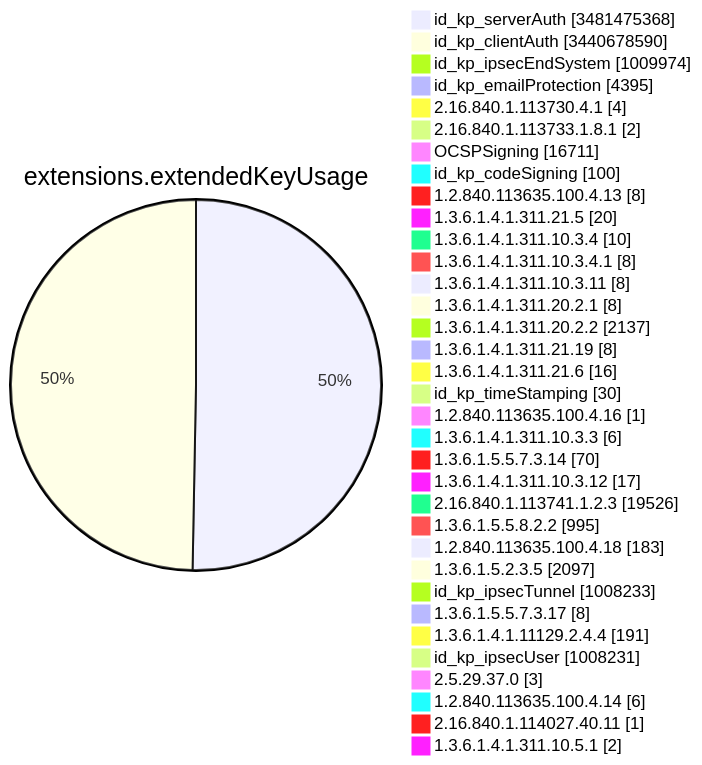
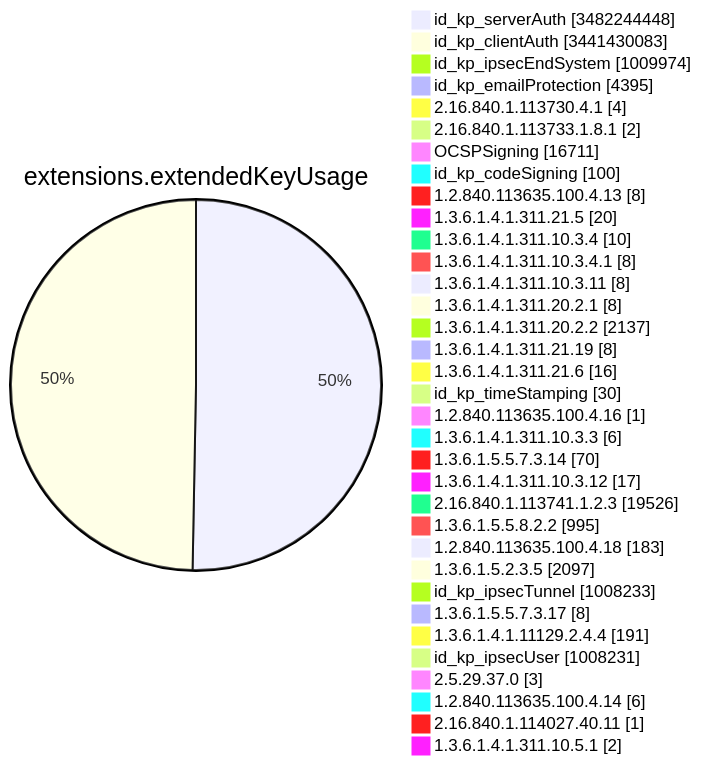
One commit to christiankrug/ctmonitor_visualization changed diagram 11 of 15 in TOTAL/README.md. Above: the diagram before and after it, drawn with Mermaid. The commit also changed other lines of this file, not shown here.

````diff
--- a/TOTAL/README.md
+++ b/TOTAL/README.md
@@ -4123,38 +4124,38 @@
 ```mermaid
 pie showData
 title extensions.extendedKeyUsage
-"id_kp_serverAuth" :3481475368
-"id_kp_clientAuth" :3440678590
+"id_kp_serverAuth" :3482244448
+"id_kp_clientAuth" :3441430083
 "id_kp_ipsecEndSystem" :1009974
 "id_kp_emailProtection" :4395
 "2.16.840.1.113730.4.1" :4
 "2.16.840.1.113733.1.8.1" :2
 "OCSPSigning" :16711
 "id_kp_codeSigning" :100
 "1.2.840.113635.100.4.13" :8
 "1.3.6.1.4.1.311.21.5" :20
 "1.3.6.1.4.1.311.10.3.4" :10
 "1.3.6.1.4.1.311.10.3.4.1" :8
 "1.3.6.1.4.1.311.10.3.11" :8
 "1.3.6.1.4.1.311.20.2.1" :8
 "1.3.6.1.4.1.311.20.2.2" :2137
 "1.3.6.1.4.1.311.21.19" :8
 "1.3.6.1.4.1.311.21.6" :16
 "id_kp_timeStamping" :30
 "1.2.840.113635.100.4.16" :1
 "1.3.6.1.4.1.311.10.3.3" :6
 "1.3.6.1.5.5.7.3.14" :70
 "1.3.6.1.4.1.311.10.3.12" :17
 "2.16.840.1.113741.1.2.3" :19526
 "1.3.6.1.5.5.8.2.2" :995
 "1.2.840.113635.100.4.18" :183
 "1.3.6.1.5.2.3.5" :2097
 "id_kp_ipsecTunnel" :1008233
 "1.3.6.1.5.5.7.3.17" :8
 "1.3.6.1.4.1.11129.2.4.4" :191
 "id_kp_ipsecUser" :1008231
 "2.5.29.37.0" :3
 "1.2.840.113635.100.4.14" :6
 "2.16.840.1.114027.40.11" :1
 "1.3.6.1.4.1.311.10.5.1" :2
 ```
````
